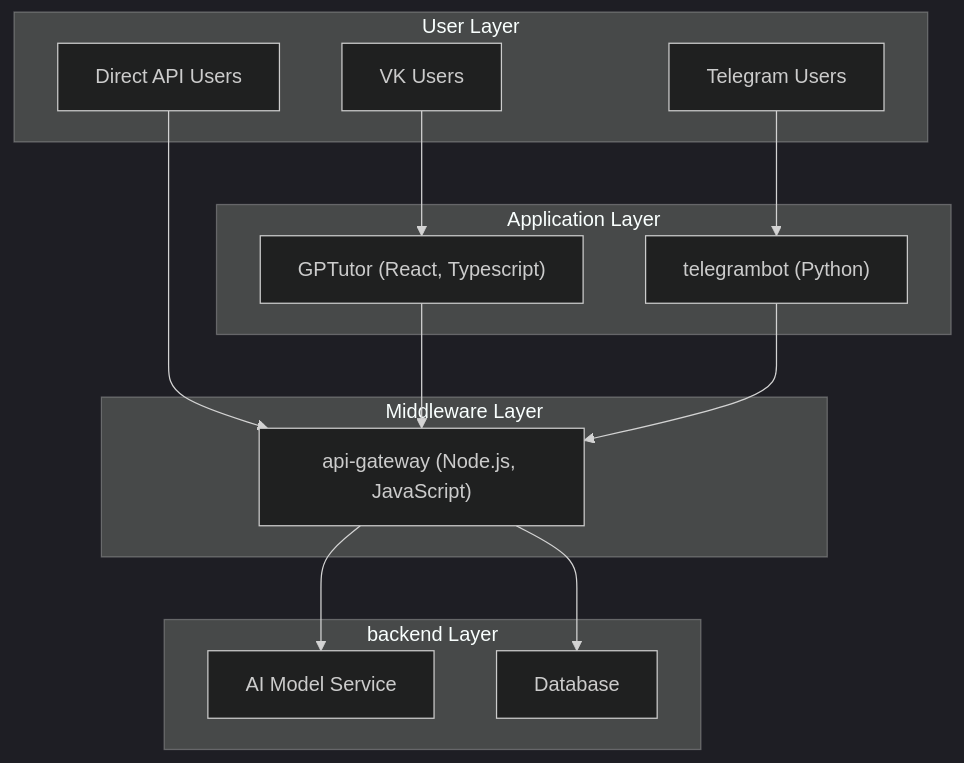
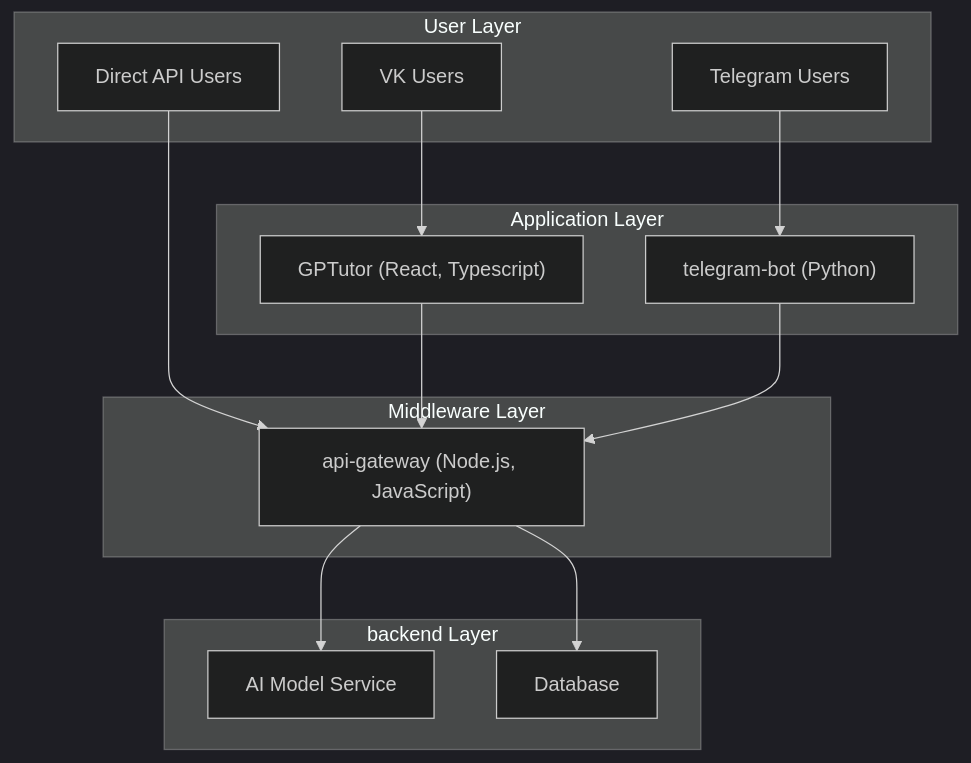
The diagram in profile/README.md (deep-assistant/.github), drawn with Mermaid (dark theme) before and after one commit. The commit also changed other lines of this file, not shown here.

Commit message:
Fix telegram bot's name

````diff
--- a/profile/README.md
+++ b/profile/README.md
@@ -13,35 +13,35 @@
 ```mermaid
 graph TB
 
 subgraph UserLayer["User Layer"]
     user_vk["VK Users"]
     user_tele["Telegram Users"]
     direct_api_users["Direct API Users"]
 end
 
 subgraph ApplicationLayer["Application Layer"]
     app_gptutor["GPTutor (React, Typescript)"]
-    app_telebot["telegrambot (Python)"]
+    app_telebot["telegram-bot (Python)"]
 end
 
 subgraph MiddlewareLayer["Middleware Layer"]
     middleware_apigw["api-gateway (Node.js, JavaScript)"]
 end
 
 subgraph backendLayer["backend Layer"]
     backend_ai["AI Model Service"]
     backend_db["Database"]
 end
 
 user_vk --> app_gptutor
 user_tele --> app_telebot
 direct_api_users --> middleware_apigw
 app_gptutor --> middleware_apigw
 app_telebot --> middleware_apigw
 middleware_apigw --> backend_ai
 middleware_apigw --> backend_db
 
 click app_gptutor "https://github.com/deep-assistant/GPTutor"
-click app_telebot "https://github.com/deep-assistant/telegrambot"
+click app_telebot "https://github.com/deep-assistant/telegram-bot"
 click middleware_apigw "https://github.com/deep-assistant/api-gateway"
 ```
````
